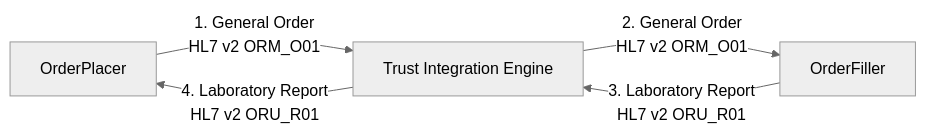
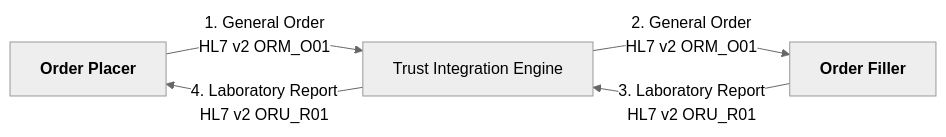
The second of 4 diagrams in input/pagecontent/index.md (uk-gov-mirror/nw-gmsa.nw-gmsa.github.com), drawn with Mermaid (neutral theme) before and after one commit. The commit also changed other lines of this file, not shown here.

````diff
--- a/input/pagecontent/index.md
+++ b/input/pagecontent/index.md
@@ -30,8 +30,8 @@
 ```mermaid
 graph LR
 
-    OrderPlacer --> |1. General Order<br/>HL7 v2 ORM_O01| TIE[Trust Integration Engine]
+    OrderPlacer[<b>Order Placer</b>] --> |1. General Order<br/>HL7 v2 ORM_O01| TIE[Trust Integration Engine]
     TIE --> |2. General Order<br/>HL7 v2 ORM_O01| OrderFiller
-    OrderFiller --> |3. Laboratory Report<br/>HL7 v2 ORU_R01| TIE
+    OrderFiller[<b>Order Filler</b>] --> |3. Laboratory Report<br/>HL7 v2 ORU_R01| TIE
     TIE --> |4. Laboratory Report<br/>HL7 v2 ORU_R01| OrderPlacer  
 ```
````
